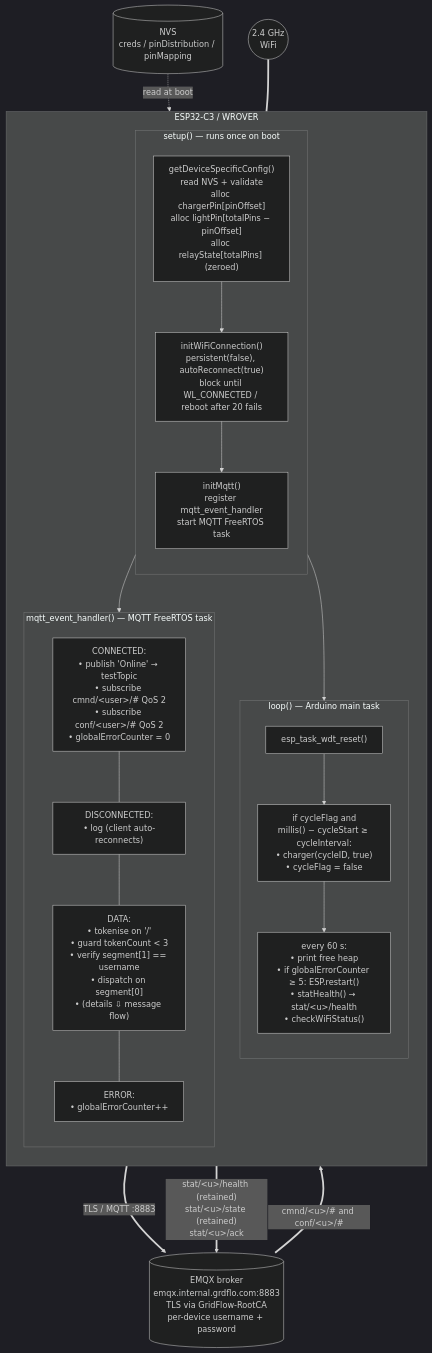
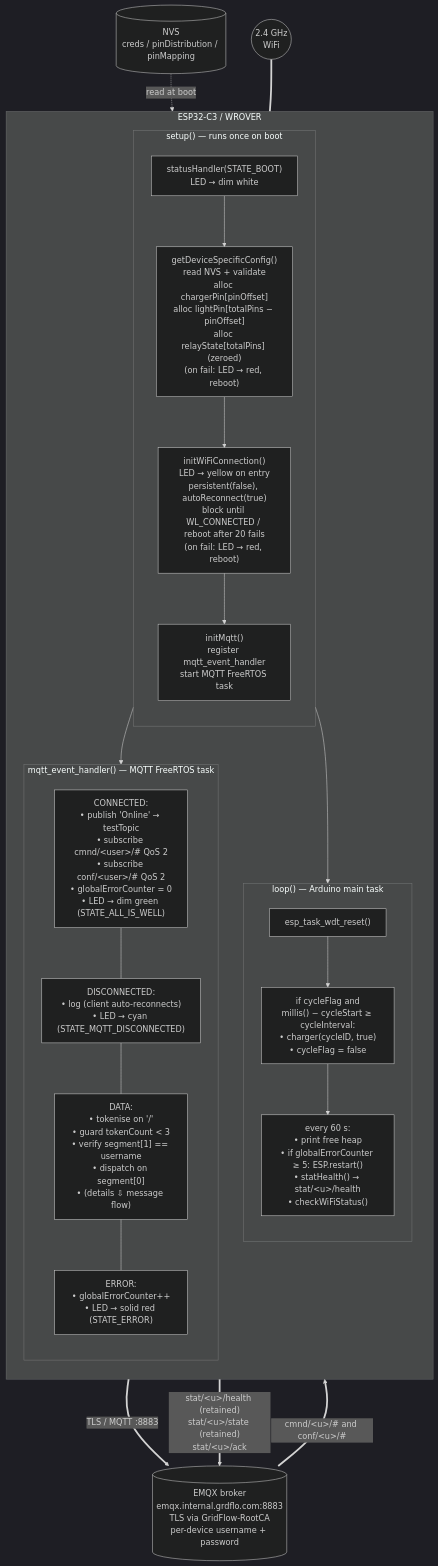
Before and after one commit to pnv28/grdflo-microcontroller: the first of 2 diagrams in DOCUMENTATION.md, drawn with Mermaid (dark theme). The commit also changed other lines of this file and 13 other files, not shown here.

Commit message:
added status led

````diff
--- a/DOCUMENTATION.md
+++ b/DOCUMENTATION.md
@@ -888,44 +964,45 @@
 ```mermaid
 flowchart TB
     NVS[("NVS<br/>creds / pinDistribution / pinMapping")]
     WiFiNet(("2.4 GHz<br/>WiFi"))
     Broker[("EMQX broker<br/>emqx.internal.grdflo.com:8883<br/>TLS via GridFlow-RootCA<br/>per-device username + password")]
 
     subgraph Device["ESP32-C3 / WROVER"]
         direction TB
 
         subgraph SetupCtx["setup() — runs once on boot"]
             direction TB
-            cfg["getDeviceSpecificConfig()<br/>read NVS + validate<br/>alloc chargerPin[pinOffset]<br/>alloc lightPin[totalPins − pinOffset]<br/>alloc relayState[totalPins] (zeroed)"]
-            wifi["initWiFiConnection()<br/>persistent(false), autoReconnect(true)<br/>block until WL_CONNECTED / reboot after 20 fails"]
+            ledBoot["statusHandler(STATE_BOOT)<br/>LED → dim white"]
+            cfg["getDeviceSpecificConfig()<br/>read NVS + validate<br/>alloc chargerPin[pinOffset]<br/>alloc lightPin[totalPins − pinOffset]<br/>alloc relayState[totalPins] (zeroed)<br/>(on fail: LED → red, reboot)"]
+            wifi["initWiFiConnection()<br/>LED → yellow on entry<br/>persistent(false), autoReconnect(true)<br/>block until WL_CONNECTED / reboot after 20 fails<br/>(on fail: LED → red, reboot)"]
             mqttI["initMqtt()<br/>register mqtt_event_handler<br/>start MQTT FreeRTOS task"]
-            cfg --> wifi --> mqttI
+            ledBoot --> cfg --> wifi --> mqttI
         end
 
         subgraph LoopCtx["loop() — Arduino main task"]
             direction TB
             wdt["esp_task_wdt_reset()"]
             cycW["if cycleFlag and<br/>millis() − cycleStart ≥ cycleInterval:<br/>• charger(cycleID, true)<br/>• cycleFlag = false"]
             tick["every 60 s:<br/>• print free heap<br/>• if globalErrorCounter ≥ 5: ESP.restart()<br/>• statHealth() → stat/&lt;u&gt;/health<br/>• checkWiFiStatus()"]
             wdt --> cycW --> tick
         end
 
         subgraph EvtCtx["mqtt_event_handler() — MQTT FreeRTOS task"]
             direction TB
-            conn["CONNECTED:<br/>• publish 'Online' → testTopic<br/>• subscribe cmnd/&lt;user&gt;/# QoS 2<br/>• subscribe conf/&lt;user&gt;/# QoS 2<br/>• globalErrorCounter = 0"]
-            disc["DISCONNECTED:<br/>• log (client auto-reconnects)"]
+            conn["CONNECTED:<br/>• publish 'Online' → testTopic<br/>• subscribe cmnd/&lt;user&gt;/# QoS 2<br/>• subscribe conf/&lt;user&gt;/# QoS 2<br/>• globalErrorCounter = 0<br/>• LED → dim green (STATE_ALL_IS_WELL)"]
+            disc["DISCONNECTED:<br/>• log (client auto-reconnects)<br/>• LED → cyan (STATE_MQTT_DISCONNECTED)"]
             data["DATA:<br/>• tokenise on '/'<br/>• guard tokenCount &lt; 3<br/>• verify segment[1] == username<br/>• dispatch on segment[0]<br/>• (details ⇩ message flow)"]
-            err["ERROR:<br/>• globalErrorCounter++"]
+            err["ERROR:<br/>• globalErrorCounter++<br/>• LED → solid red (STATE_ERROR)"]
             conn --- disc --- data --- err
         end
 
         SetupCtx --> LoopCtx
         SetupCtx --> EvtCtx
     end
 
     NVS -. read at boot .-> cfg
     WiFiNet === wifi
     mqttI ==>|"TLS / MQTT :8883"| Broker
     Broker ==>|"cmnd/&lt;u&gt;/# and conf/&lt;u&gt;/#"| data
     EvtCtx ==>|"stat/&lt;u&gt;/health (retained)<br/>stat/&lt;u&gt;/state (retained)<br/>stat/&lt;u&gt;/ack"| Broker
 ```
````
